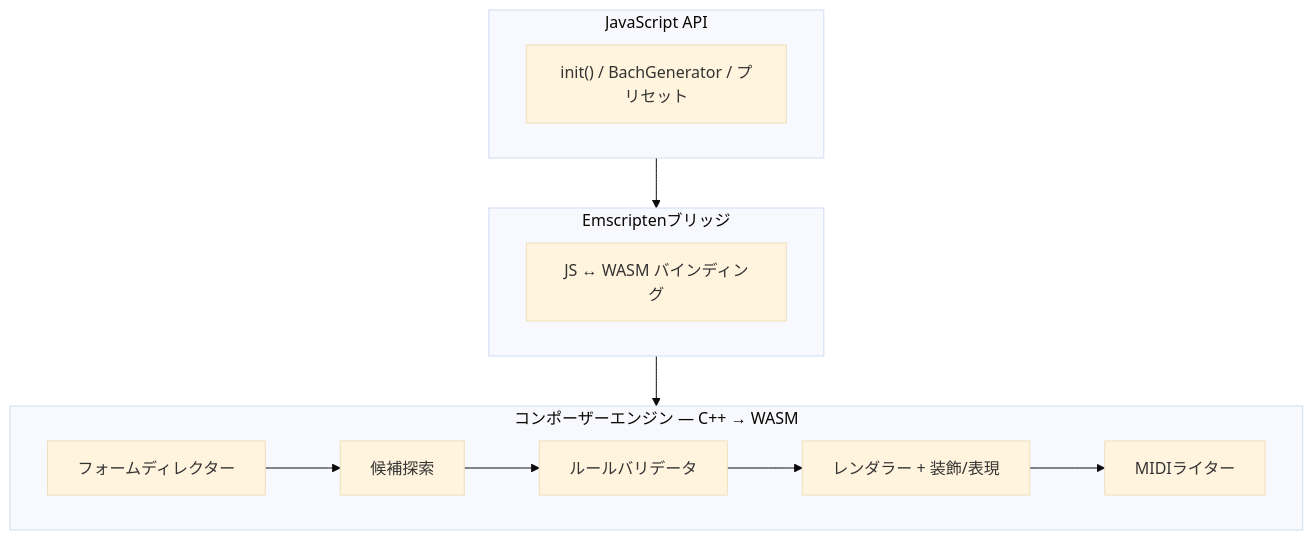
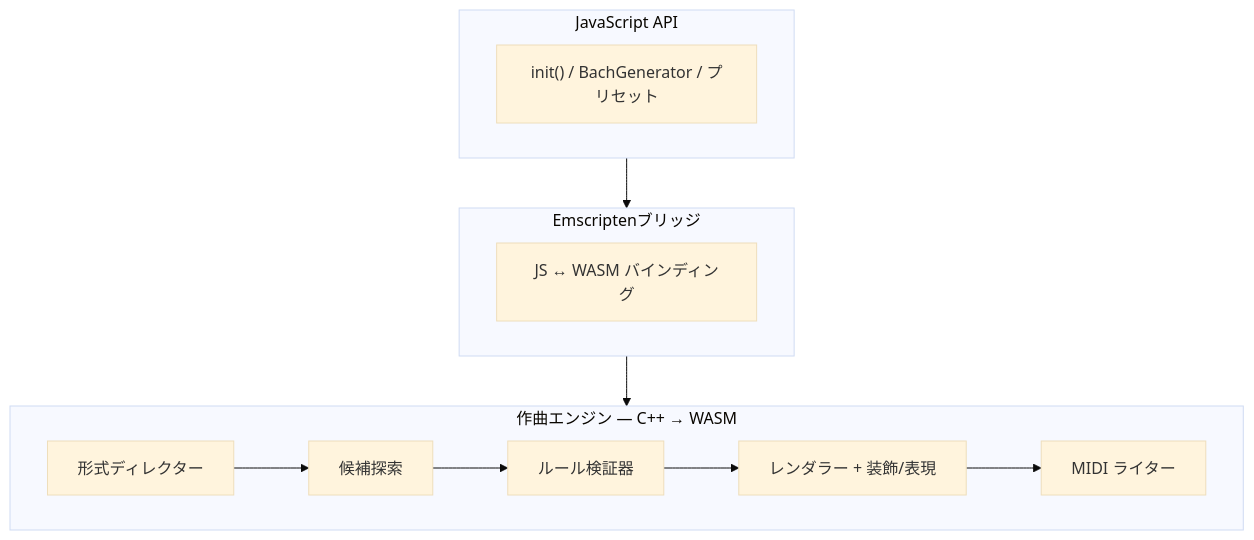
One commit to libraz/midi-sketch-bach-homepage changed the diagram in src/ja/docs/architecture.md. Above: the diagram before and after it, drawn with Mermaid (base theme). The commit also changed other lines of this file and 90 other files, not shown here.

````diff
--- a/src/ja/docs/architecture.md
+++ b/src/ja/docs/architecture.md
@@ -16,18 +20,18 @@
 ```mermaid
 graph TD
     subgraph JS["JavaScript API"]
         A["init() / BachGenerator / プリセット"]
     end
     subgraph EM["Emscriptenブリッジ"]
         B["JS ↔ WASM バインディング"]
     end
-    subgraph CORE["コンポーザーエンジン — C++ → WASM"]
-        C["フォームディレクター"]
+    subgraph CORE["作曲エンジン — C++ → WASM"]
+        C["形式ディレクター"]
         D["候補探索"]
-        E["ルールバリデータ"]
+        E["ルール検証器"]
         F["レンダラー + 装飾/表現"]
-        G["MIDIライター"]
+        G["MIDI ライター"]
         C --> D --> E --> F --> G
     end
     JS --> EM --> CORE
 ```
````
